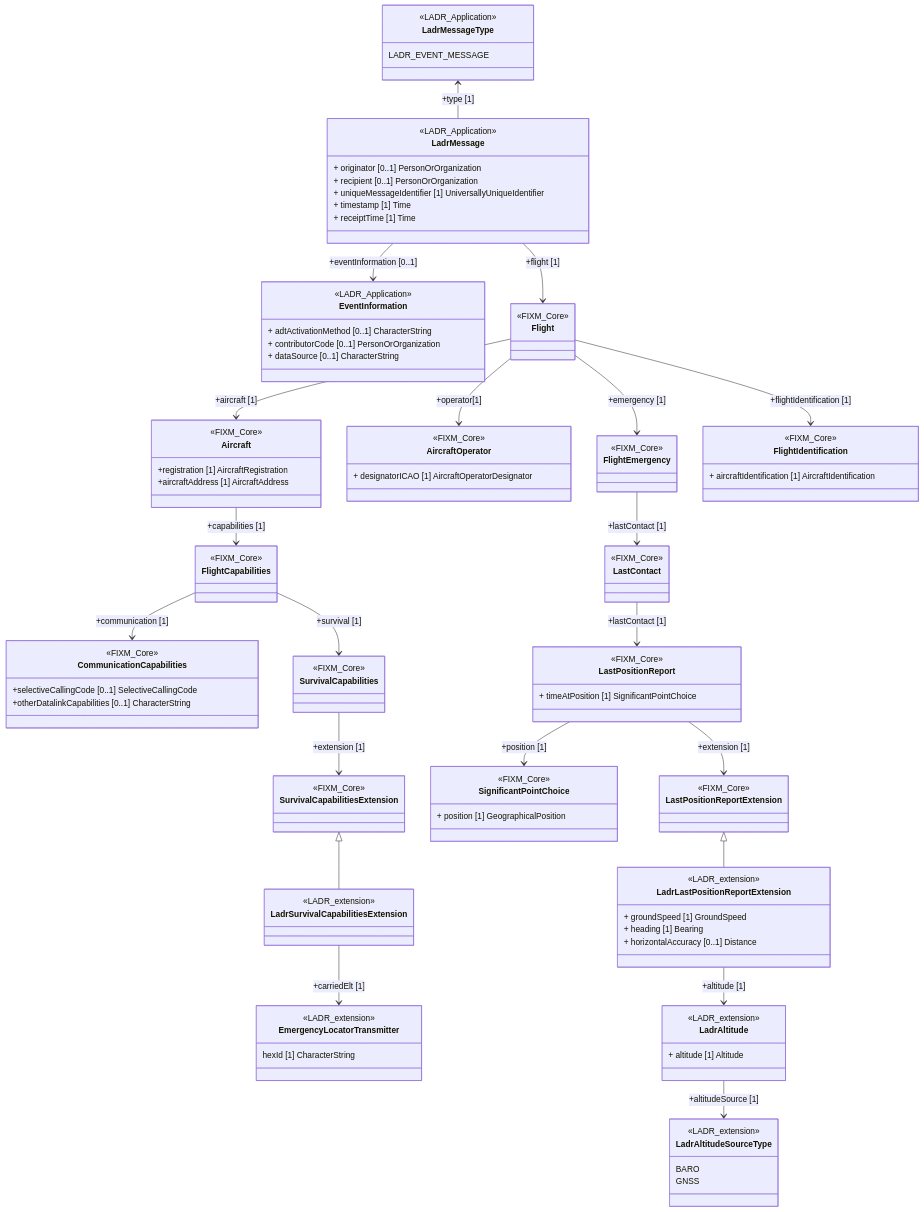
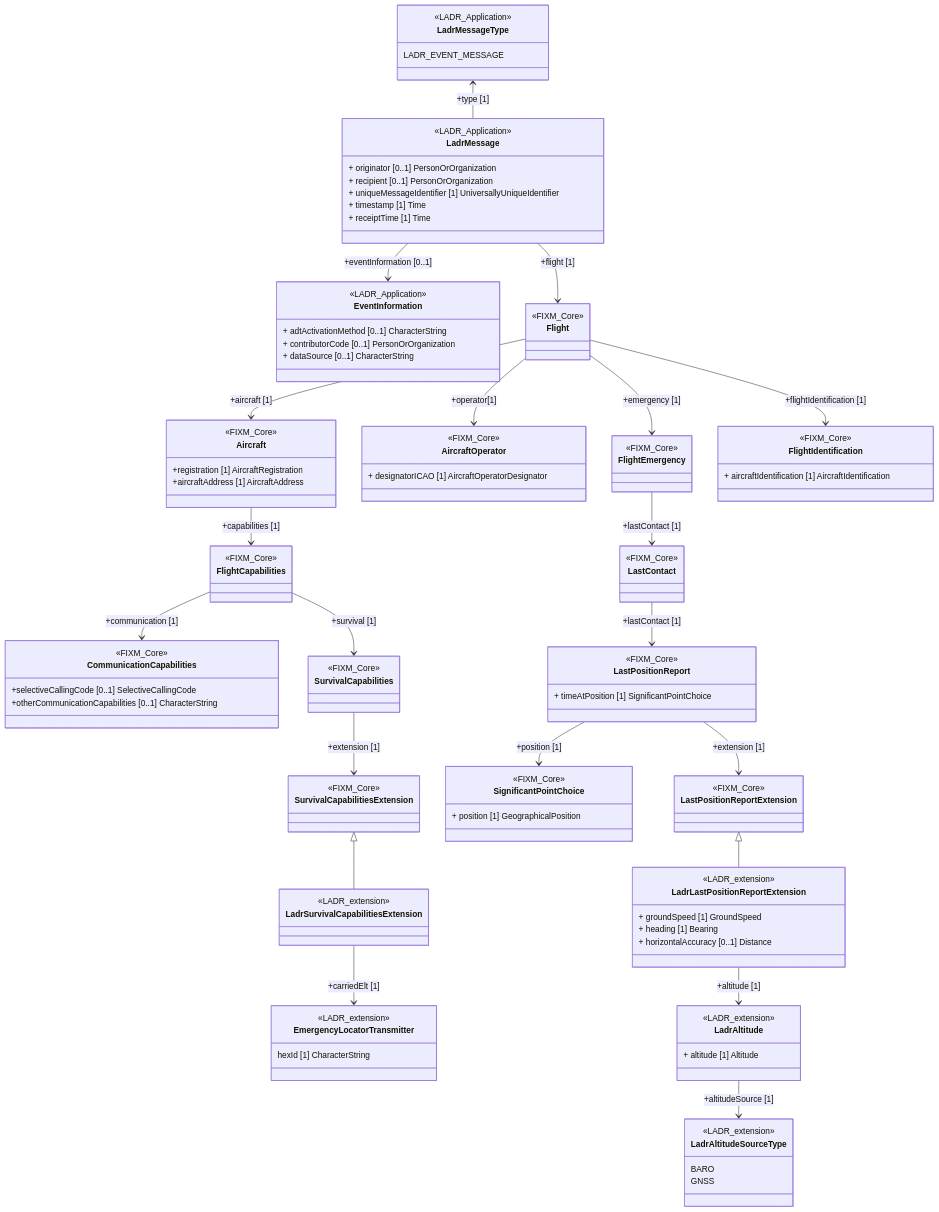
The diagram in docs/ladr/LADREventMessage.md (hlepori/test_ladr), drawn with Mermaid before and after one commit.

```diff
--- a/docs/ladr/LADREventMessage.md
+++ b/docs/ladr/LADREventMessage.md
@@ -48,7 +48,7 @@
 class CommunicationCapabilities
 <<FIXM_Core>> CommunicationCapabilities
 CommunicationCapabilities : +selectiveCallingCode [0..1] SelectiveCallingCode
-CommunicationCapabilities : +otherDatalinkCapabilities [0..1] CharacterString
+CommunicationCapabilities : +otherCommunicationCapabilities [0..1] CharacterString
 FlightCapabilities --> CommunicationCapabilities : +communication [1]
 %% -------------------
 class SurvivalCapabilities
```
